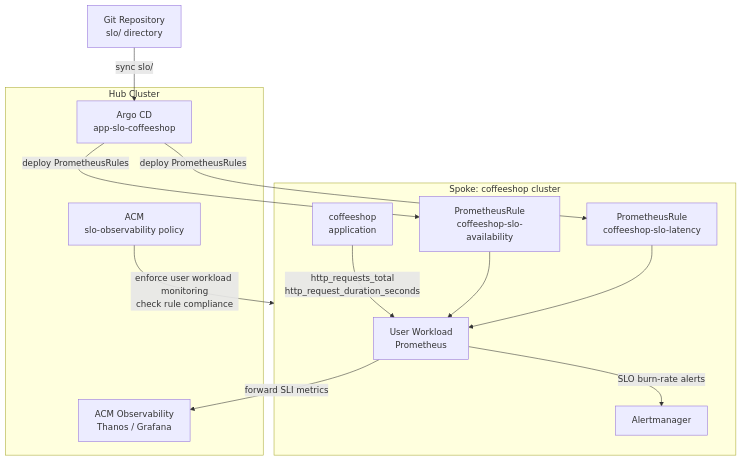
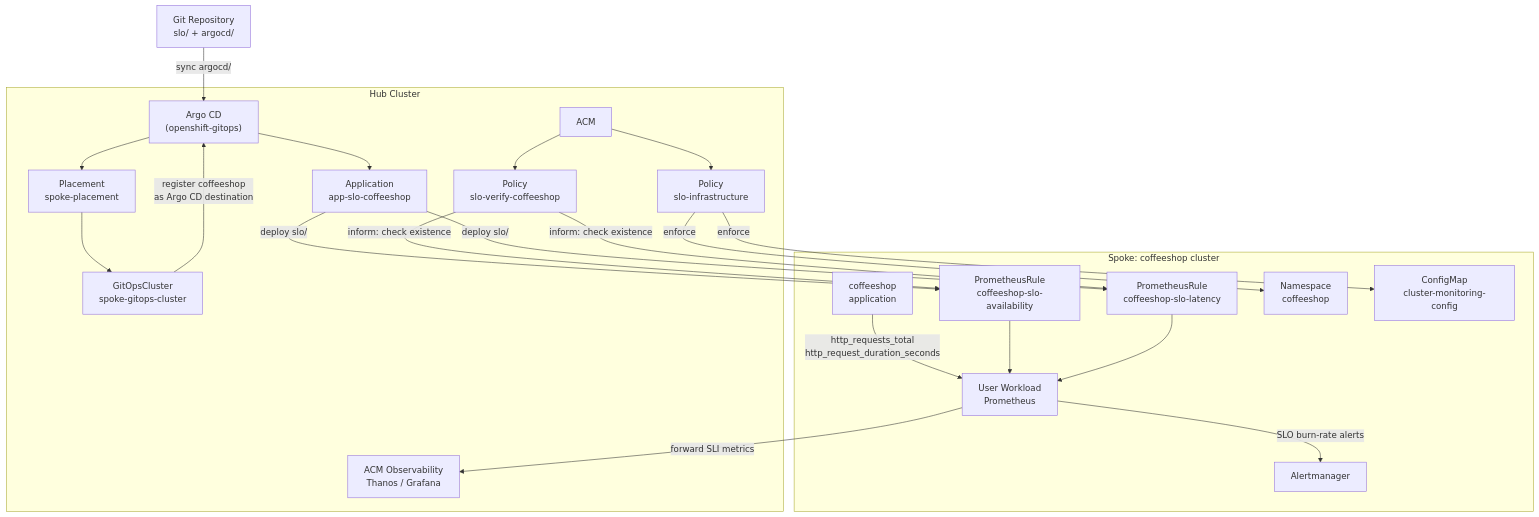
Before and after one commit to froberge/acm_hcp_argocd_demo: the second of 2 diagrams in README.md, drawn with Mermaid. The commit also changed other lines of this file and 3 other files, not shown here.

Commit message:
add the placement for the coffeeshop as well

````diff
--- a/README.md
+++ b/README.md
@@ -200,28 +202,46 @@
 ```mermaid
 flowchart TD
-    Git["Git Repository\nslo/ directory"]
+    Git["Git Repository\nslo/ + argocd/"]
 
     subgraph hub [Hub Cluster]
-        ArgoCD["Argo CD\napp-slo-coffeeshop"]
-        ACM["ACM\nslo-observability policy"]
+        ArgoCD["Argo CD\n(openshift-gitops)"]
+        ACM["ACM"]
+        SpokePlacement["Placement\nspoke-placement"]
+        SpokeGOC["GitOpsCluster\nspoke-gitops-cluster"]
+        AppSLO["Application\napp-slo-coffeeshop"]
+        PolicyInfra["Policy\nslo-infrastructure"]
+        PolicyVerify["Policy\nslo-verify-coffeeshop"]
         Thanos["ACM Observability\nThanos / Grafana"]
     end
 
     subgraph coffeeshop [Spoke: coffeeshop cluster]
         UWM["User Workload\nPrometheus"]
         SLO_A["PrometheusRule\ncoffeeshop-slo-availability"]
         SLO_L["PrometheusRule\ncoffeeshop-slo-latency"]
         App["coffeeshop\napplication"]
         AM["Alertmanager"]
+        NS["Namespace\ncoffeeshop"]
+        CM["ConfigMap\ncluster-monitoring-config"]
     end
 
-    Git -->|"sync slo/"| ArgoCD
-    ArgoCD -->|"deploy PrometheusRules"| SLO_A
-    ArgoCD -->|"deploy PrometheusRules"| SLO_L
-    ACM -->|"enforce user workload monitoring\ncheck rule compliance"| coffeeshop
+    Git -->|"sync argocd/"| ArgoCD
+    ArgoCD --> SpokePlacement
+    SpokePlacement --> SpokeGOC
+    SpokeGOC -->|"register coffeeshop\nas Argo CD destination"| ArgoCD
+    ArgoCD --> AppSLO
+    AppSLO -->|"deploy slo/"| SLO_A
+    AppSLO -->|"deploy slo/"| SLO_L
+
+    ACM --> PolicyInfra
+    PolicyInfra -->|enforce| CM
+    PolicyInfra -->|enforce| NS
+    ACM --> PolicyVerify
+    PolicyVerify -->|"inform: check existence"| SLO_A
+    PolicyVerify -->|"inform: check existence"| SLO_L
+
     App -->|"http_requests_total\nhttp_request_duration_seconds"| UWM
     SLO_A --> UWM
     SLO_L --> UWM
     UWM -->|"SLO burn-rate alerts"| AM
     UWM -->|"forward SLI metrics"| Thanos
 ```
````
